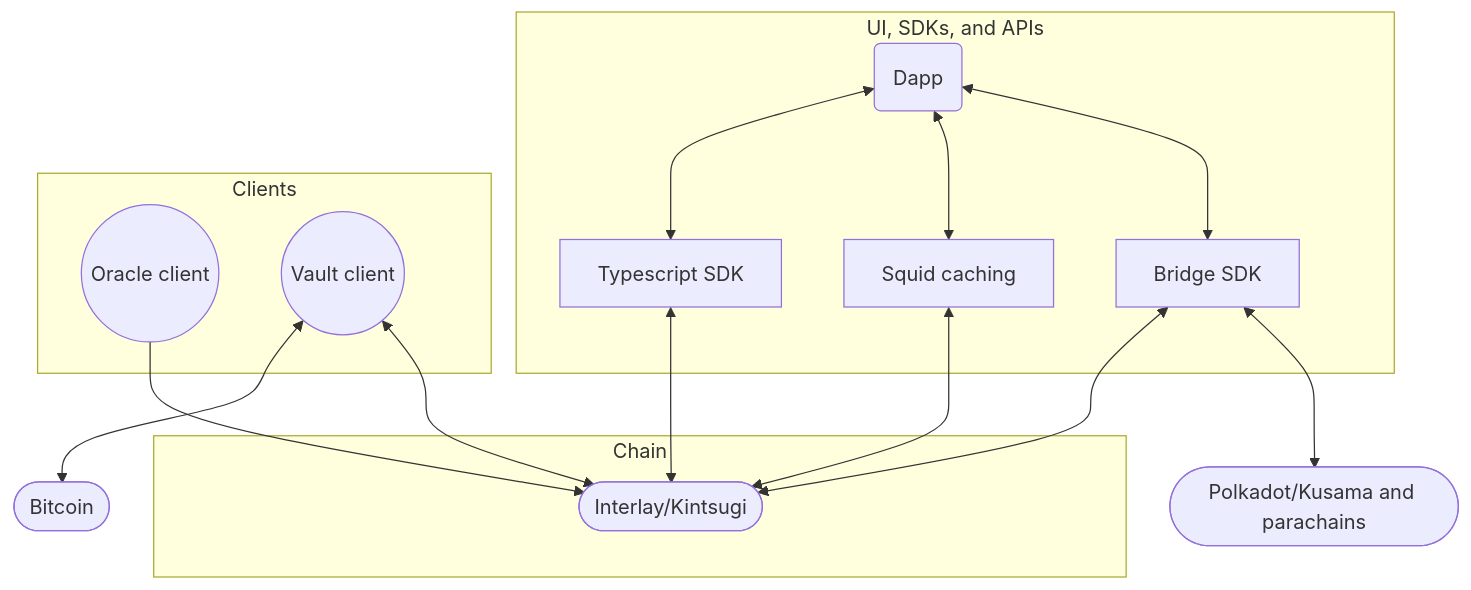
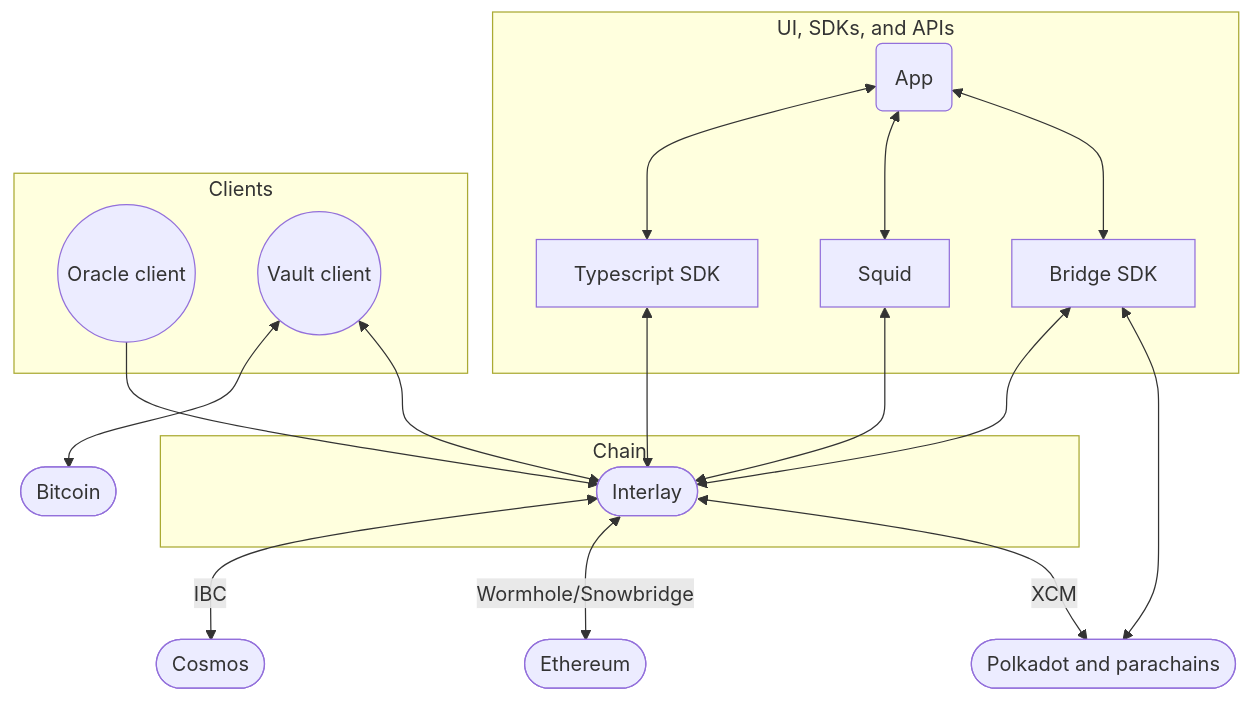
One commit to interlay/interlay.github.io changed the diagram in docs/developers/overview.md. Above: the diagram before and after it, drawn with Mermaid. The commit also changed other lines of this file and 2 other files, not shown here.

````diff
--- a/docs/developers/overview.md
+++ b/docs/developers/overview.md
@@ -92,32 +107,35 @@
 ```mermaid
 flowchart TB
-  dapp(Dapp)<-->bridge[Bridge SDK]
-  bridge<-->dotsama(["Polkadot/Kusama and parachains"])
+  dapp(App)<-->bridge[Bridge SDK]
+  bridge<-->dotsama(["Polkadot and parachains"])
+  chain<--XCM-->dotsama
+  chain<--Wormhole/Snowbridge-->ethereum([Ethereum])
+  chain<--IBC-->cosmos([Cosmos])
   bridge<-->chain
-  dapp<-->squid[Squid caching]
+  dapp<-->squid[Squid]
   dapp<-->lib[Typescript SDK]
-  squid<-->chain(["Interlay/Kintsugi"])
+  squid<-->chain(["Interlay"])
   lib<-->chain
   oracle((Oracle client))-->chain
   vault<-->chain
   vault((Vault client))<-->bitcoin([Bitcoin])
   subgraph "UI, SDKs, and APIs"
   dapp
   squid
   lib
   bridge
   end
   subgraph Clients
   oracle
   vault
   end
   subgraph Chain
   chain
   end
   click dapp "https://github.com/interlay/interbtc-ui/" "Go to https://github.com/interlay/interbtc-ui/"
   click lib "https://github.com/interlay/interbtc-api/" "Go to https://github.com/interlay/interbtc-api/"
   click squid "https://github.com/interlay/interbtc-squid/" "Go to https://github.com/interlay/interbtc-squid/"
   click chain "https://github.com/interlay/interbtc/" "Go to https://github.com/interlay/interbtc/"
   click vault "https://github.com/interlay/interbtc-clients/" "Go to https://github.com/interlay/interbtc-clients/"
   click oracle "https://github.com/interlay/interbtc-clients/" "Go to https://github.com/interlay/interbtc-clients/"
 ```
````
